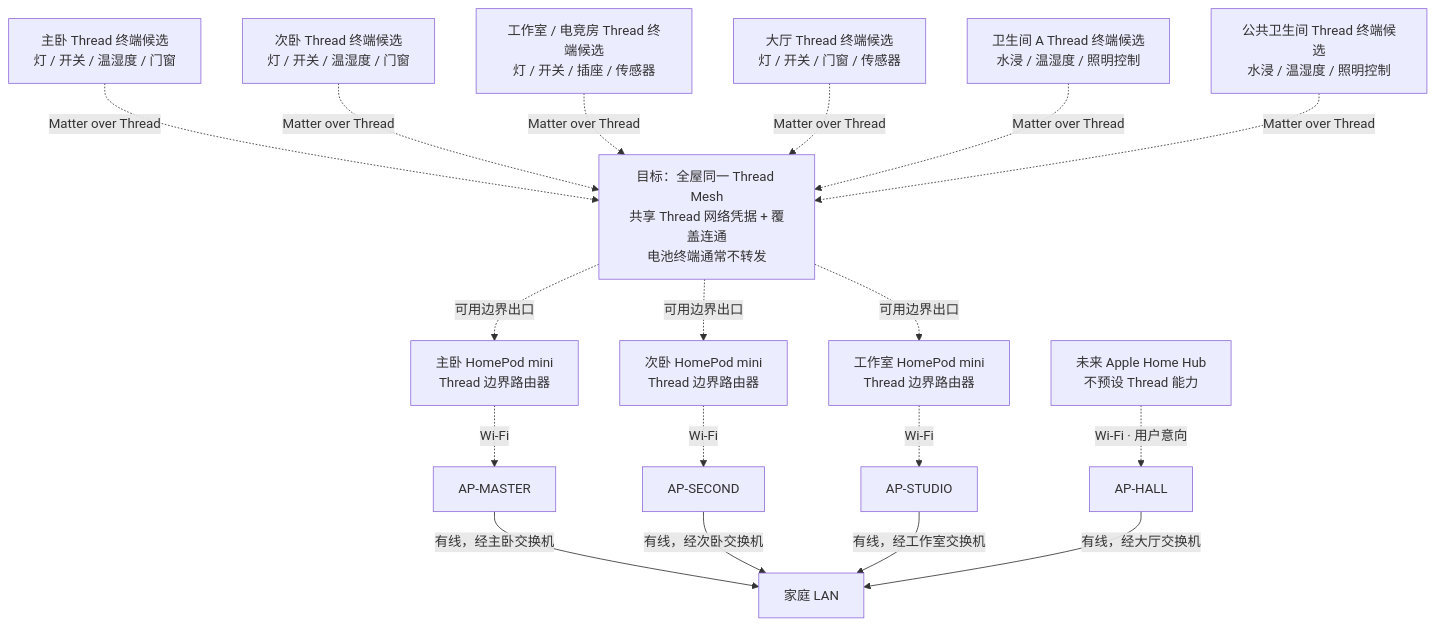
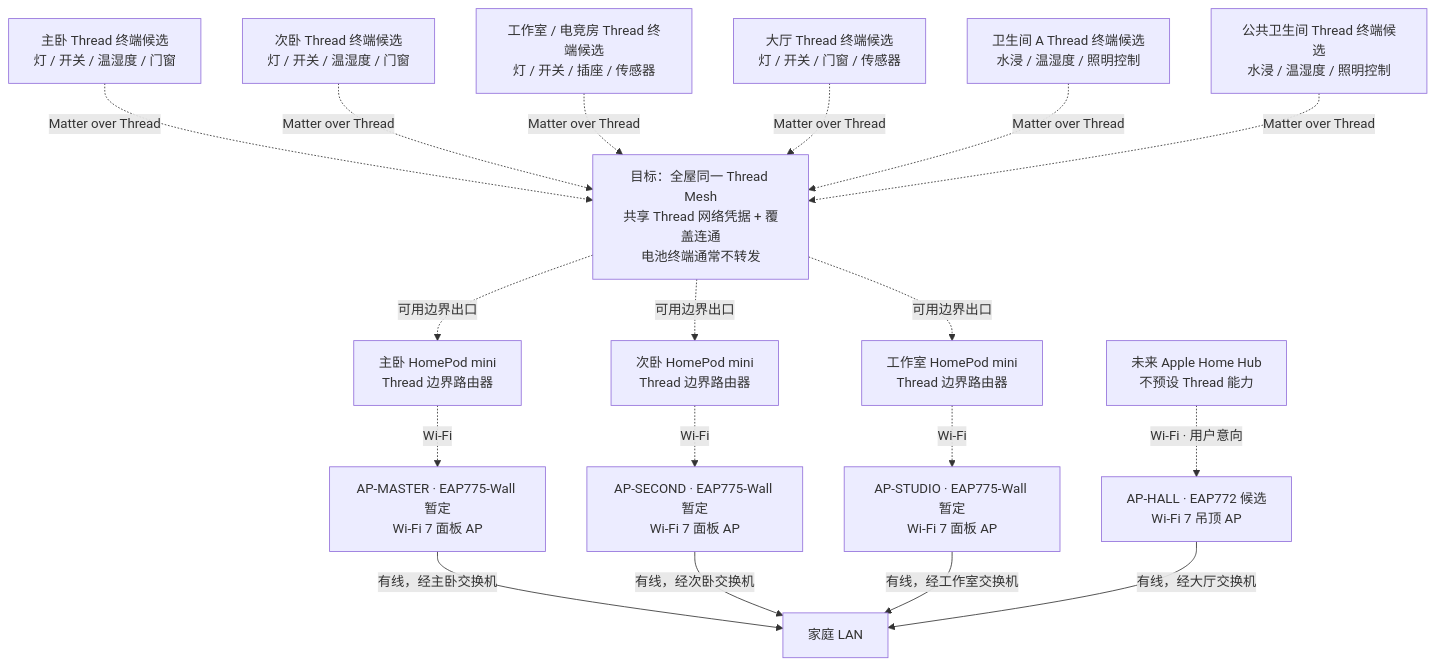
Before and after one commit to QZSAMA/AgentHomeAssistant: the second of 2 diagrams in docs/smart-home-topology.md, drawn with Mermaid. The commit also changed other lines of this file and 7 other files, not shown here.

Commit message:
docs: select EAP775-Wall and synchronize AP topology and BOM

````diff
--- a/docs/smart-home-topology.md
+++ b/docs/smart-home-topology.md
@@ -109,31 +110,31 @@
 ```mermaid
 flowchart TB
     TM["主卧 Thread 终端候选<br/>灯 / 开关 / 温湿度 / 门窗"]
     TS["次卧 Thread 终端候选<br/>灯 / 开关 / 温湿度 / 门窗"]
     TW["工作室 / 电竞房 Thread 终端候选<br/>灯 / 开关 / 插座 / 传感器"]
     TH["大厅 Thread 终端候选<br/>灯 / 开关 / 门窗 / 传感器"]
     TB1["卫生间 A Thread 终端候选<br/>水浸 / 温湿度 / 照明控制"]
     TB2["公共卫生间 Thread 终端候选<br/>水浸 / 温湿度 / 照明控制"]
 
     MESH["目标：全屋同一 Thread Mesh<br/>共享 Thread 网络凭据 + 覆盖连通<br/>电池终端通常不转发"]
     TM -. "Matter over Thread" .-> MESH
     TS -. "Matter over Thread" .-> MESH
     TW -. "Matter over Thread" .-> MESH
     TH -. "Matter over Thread" .-> MESH
     TB1 -. "Matter over Thread" .-> MESH
     TB2 -. "Matter over Thread" .-> MESH
 
     MESH -. "可用边界出口" .-> HP1["主卧 HomePod mini<br/>Thread 边界路由器"]
     MESH -. "可用边界出口" .-> HP2["次卧 HomePod mini<br/>Thread 边界路由器"]
     MESH -. "可用边界出口" .-> HP3["工作室 HomePod mini<br/>Thread 边界路由器"]
 
-    HP1 -. "Wi-Fi" .-> AP1["AP-MASTER"]
-    HP2 -. "Wi-Fi" .-> AP2["AP-SECOND"]
-    HP3 -. "Wi-Fi" .-> AP3["AP-STUDIO"]
+    HP1 -. "Wi-Fi" .-> AP1["AP-MASTER · EAP775-Wall 暂定<br/>Wi-Fi 7 面板 AP"]
+    HP2 -. "Wi-Fi" .-> AP2["AP-SECOND · EAP775-Wall 暂定<br/>Wi-Fi 7 面板 AP"]
+    HP3 -. "Wi-Fi" .-> AP3["AP-STUDIO · EAP775-Wall 暂定<br/>Wi-Fi 7 面板 AP"]
     AP1 -->|"有线，经主卧交换机"| LAN["家庭 LAN"]
     AP2 -->|"有线，经次卧交换机"| LAN
     AP3 -->|"有线，经工作室交换机"| LAN
 
-    HUB["未来 Apple Home Hub<br/>不预设 Thread 能力"] -. "Wi-Fi · 用户意向" .-> AP4["AP-HALL"]
+    HUB["未来 Apple Home Hub<br/>不预设 Thread 能力"] -. "Wi-Fi · 用户意向" .-> AP4["AP-HALL · EAP772 候选<br/>Wi-Fi 7 吊顶 AP"]
     AP4 -->|"有线，经大厅交换机"| LAN
 ```
````
